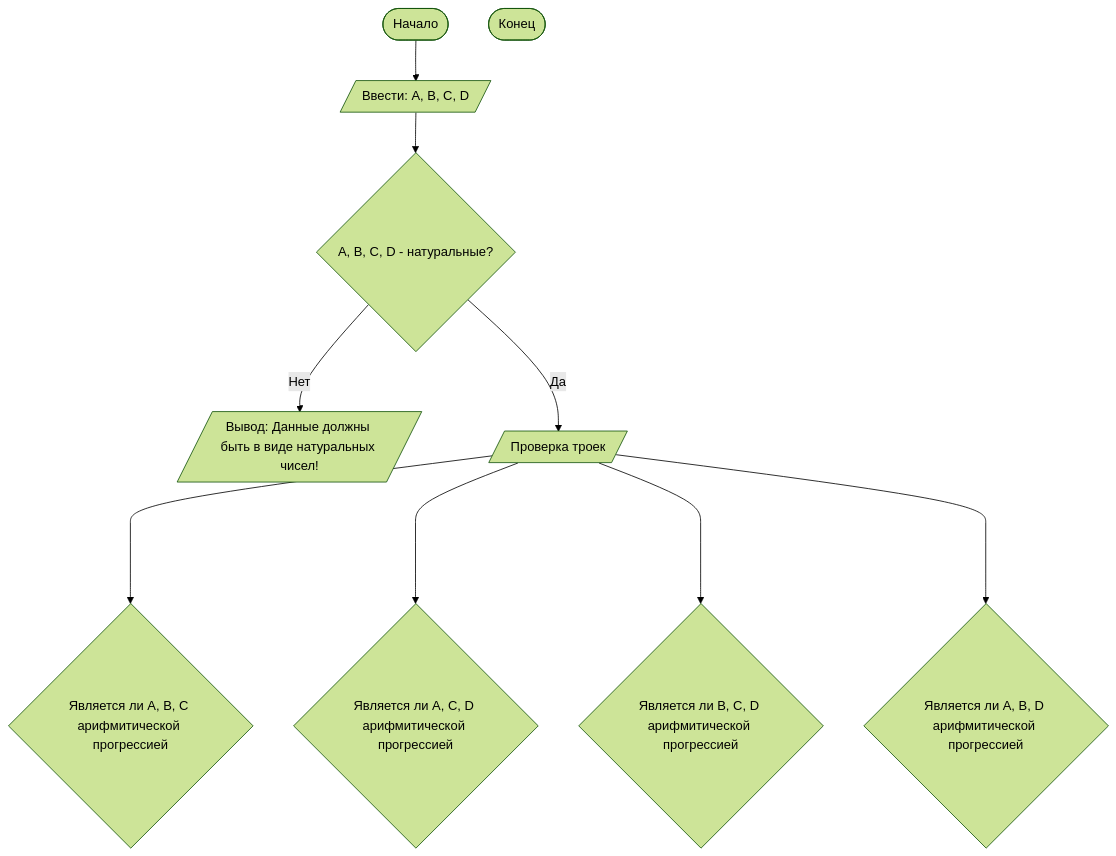
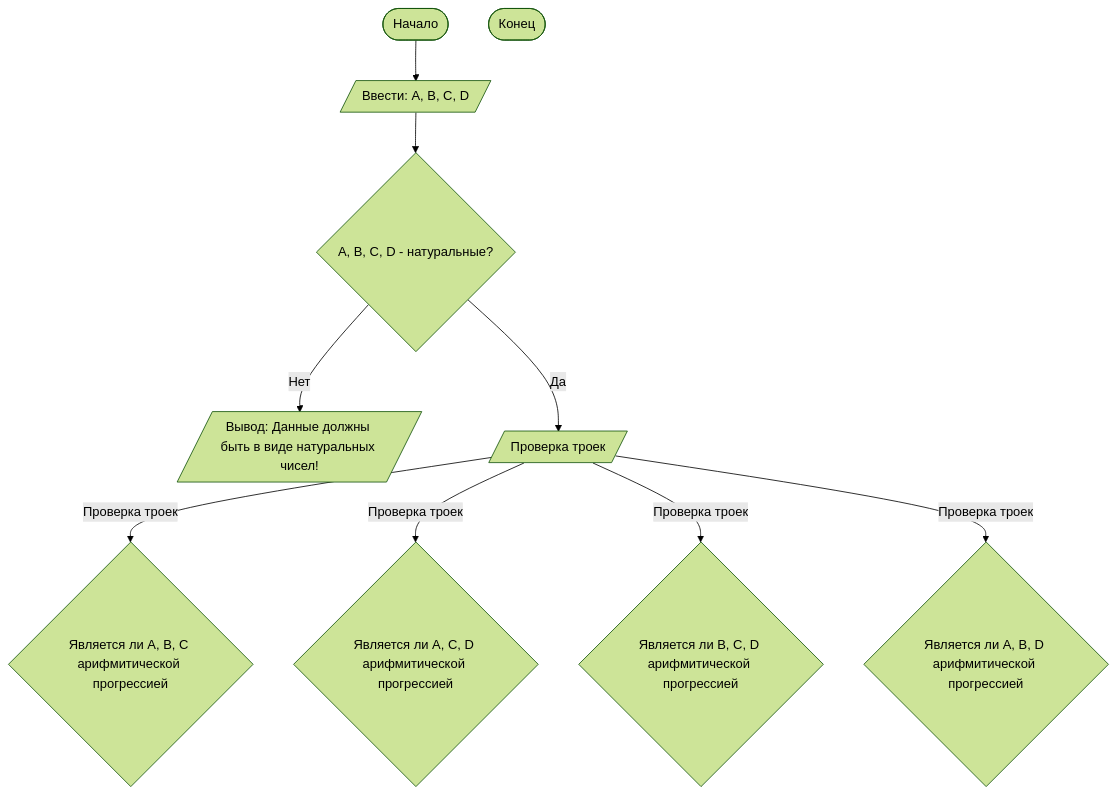
The diagram in README.md (Matvey-Kh/Lab1), drawn with Mermaid (forest theme) before and after one commit.

````diff
--- a/README.md
+++ b/README.md
@@ -92,15 +92,15 @@
 ```mermaid
 graph TD
     A([Начало]) --> B[/Ввести: A, B, C, D/]
     B --> C{A, B, C, D - натуральные?}
     C -- Нет --> D[/Вывод: Данные должны быть в виде натуральных чисел!/]
     C -- Да --> L[/Проверка троек/]
-    L ----> H{Является ли A, B, C арифмитической прогрессией}
-    L ----> I{Является ли A, C, D арифмитической прогрессией}
-    L ----> J{Является ли B, C, D арифмитической прогрессией}
-    L ----> K{Является ли A, B, D арифмитической прогрессией}
+    L -- Проверка троек --> H{Является ли A, B, C арифмитической прогрессией}
+    L -- Проверка троек --> I{Является ли A, C, D арифмитической прогрессией}
+    L -- Проверка троек --> J{Является ли B, C, D арифмитической прогрессией}
+    L -- Проверка троек --> K{Является ли A, B, D арифмитической прогрессией}
 
 
     Z([Конец])
 
 ```
````
